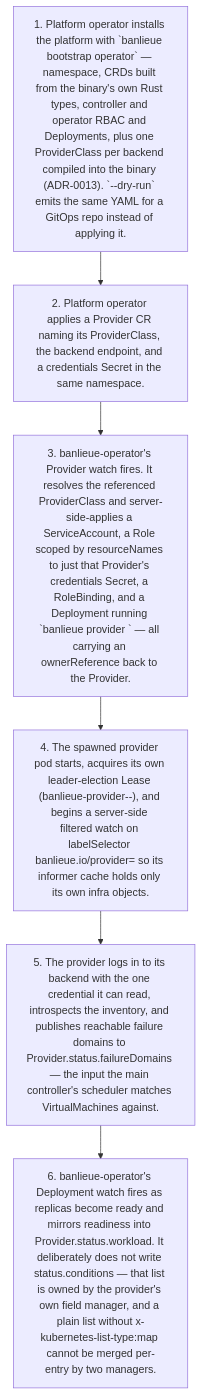
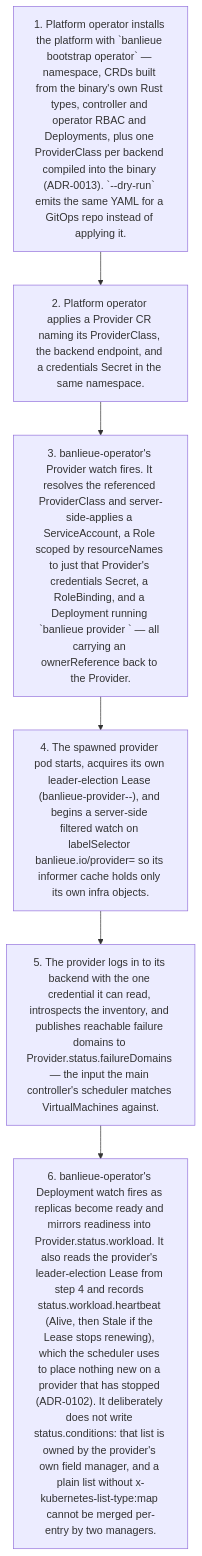
One commit to firestoned/banlieue changed the seventh of 13 diagrams in docs/src/architecture/flows.md. Above: the diagram before and after it, drawn with Mermaid. The commit also changed 4 other files, not shown here.

Commit message:
docs: provider contract gains own-machines, Lease liveness and ownership-marker obligations

````diff
--- a/docs/src/architecture/flows.md
+++ b/docs/src/architecture/flows.md
@@ -139,10 +139,10 @@
 ```mermaid
 flowchart TD
     t1["1. Platform operator installs the platform with `banlieue bootstrap operator` — namespace, CRDs built from the binary's own Rust types, controller and operator RBAC and Deployments, plus one ProviderClass per backend compiled into the binary (ADR-0013). `--dry-run` emits the same YAML for a GitOps repo instead of applying it."]
     t2["2. Platform operator applies a Provider CR naming its ProviderClass, the backend endpoint, and a credentials Secret in the same namespace."]
     t3["3. banlieue-operator's Provider watch fires. It resolves the referenced ProviderClass and server-side-applies a ServiceAccount, a Role scoped by resourceNames to just that Provider's credentials Secret, a RoleBinding, and a Deployment running `banlieue provider <backend>` — all carrying an ownerReference back to the Provider."]
     t4["4. The spawned provider pod starts, acquires its own leader-election Lease (banlieue-provider-<class>-<provider-name>), and begins a server-side filtered watch on labelSelector banlieue.io/provider=<name> so its informer cache holds only its own infra objects."]
     t5["5. The provider logs in to its backend with the one credential it can read, introspects the inventory, and publishes reachable failure domains to Provider.status.failureDomains — the input the main controller's scheduler matches VirtualMachines against."]
-    t6["6. banlieue-operator's Deployment watch fires as replicas become ready and mirrors readiness into Provider.status.workload. It deliberately does not write status.conditions — that list is owned by the provider's own field manager, and a plain list without x-kubernetes-list-type:map cannot be merged per-entry by two managers."]
+    t6["6. banlieue-operator's Deployment watch fires as replicas become ready and mirrors readiness into Provider.status.workload. It also reads the provider's leader-election Lease from step 4 and records status.workload.heartbeat (Alive, then Stale if the Lease stops renewing), which the scheduler uses to place nothing new on a provider that has stopped (ADR-0102). It deliberately does not write status.conditions: that list is owned by the provider's own field manager, and a plain list without x-kubernetes-list-type:map cannot be merged per-entry by two managers."]
     t1 --> t2 --> t3 --> t4 --> t5 --> t6
 ```
````
